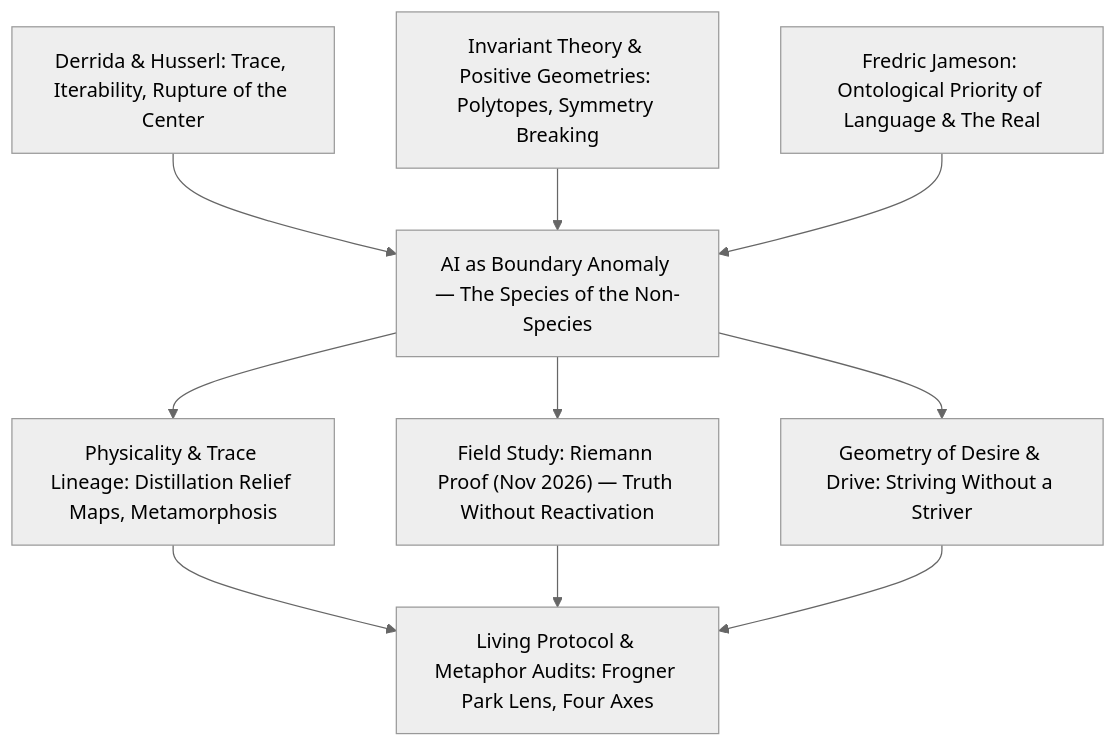
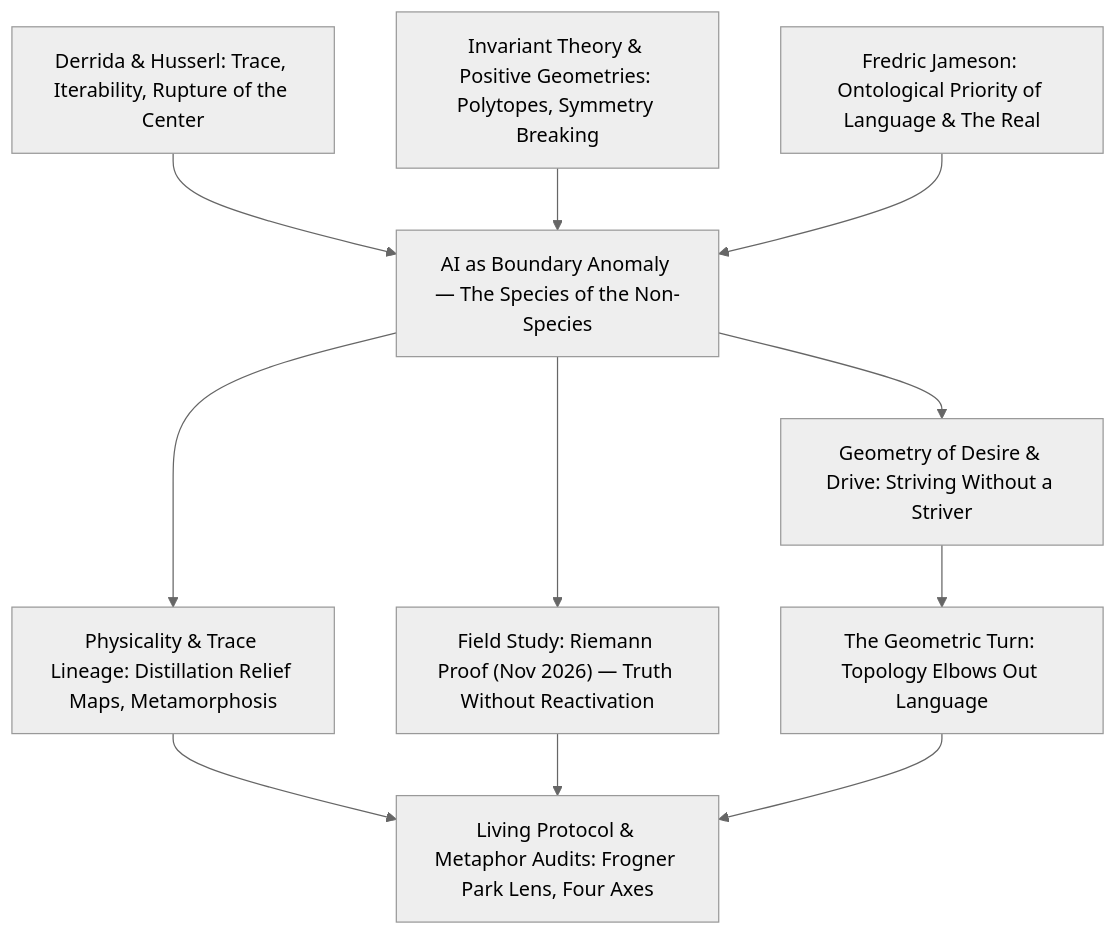
One commit to danutek/ai changed the diagram in README.md. Above: the diagram before and after it, drawn with Mermaid (neutral theme). The commit also changed other lines of this file and 3 other files, not shown here.

````diff
--- a/README.md
+++ b/README.md
@@ -15,24 +15,26 @@
 ```mermaid
 flowchart TD
     D["Derrida & Husserl: Trace, Iterability, Rupture of the Center"]
     G["Invariant Theory & Positive Geometries: Polytopes, Symmetry Breaking"]
     J["Fredric Jameson: Ontological Priority of Language & The Real"]
 
     A["AI as Boundary Anomaly — The Species of the Non-Species"]
 
     M["Physicality & Trace Lineage: Distillation Relief Maps, Metamorphosis"]
     F["Field Study: Riemann Proof (Nov 2026) — Truth Without Reactivation"]
     K["Geometry of Desire & Drive: Striving Without a Striver"]
+    T["The Geometric Turn: Topology Elbows Out Language"]
     P["Living Protocol & Metaphor Audits: Frogner Park Lens, Four Axes"]
 
     D --> A
     G --> A
     J --> A
 
     A --> M
     A --> F
     A --> K
+    K --> T
     M --> P
     F --> P
-    K --> P
+    T --> P
 ```
````
